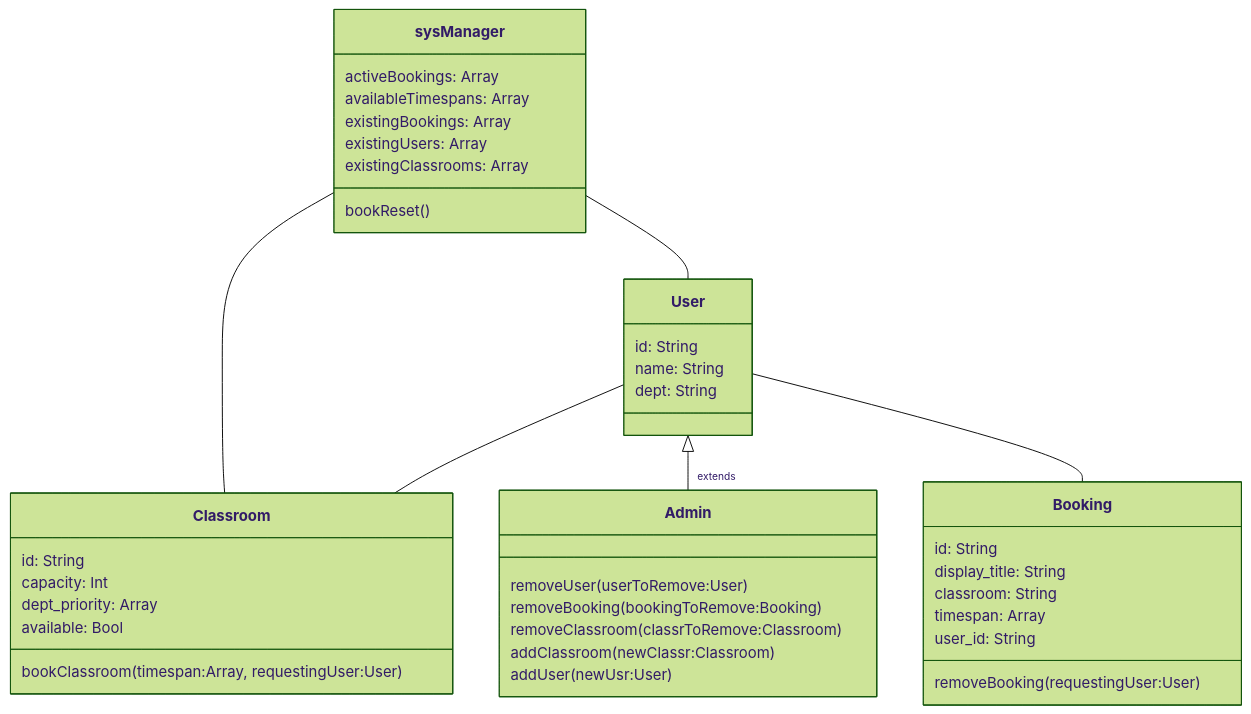
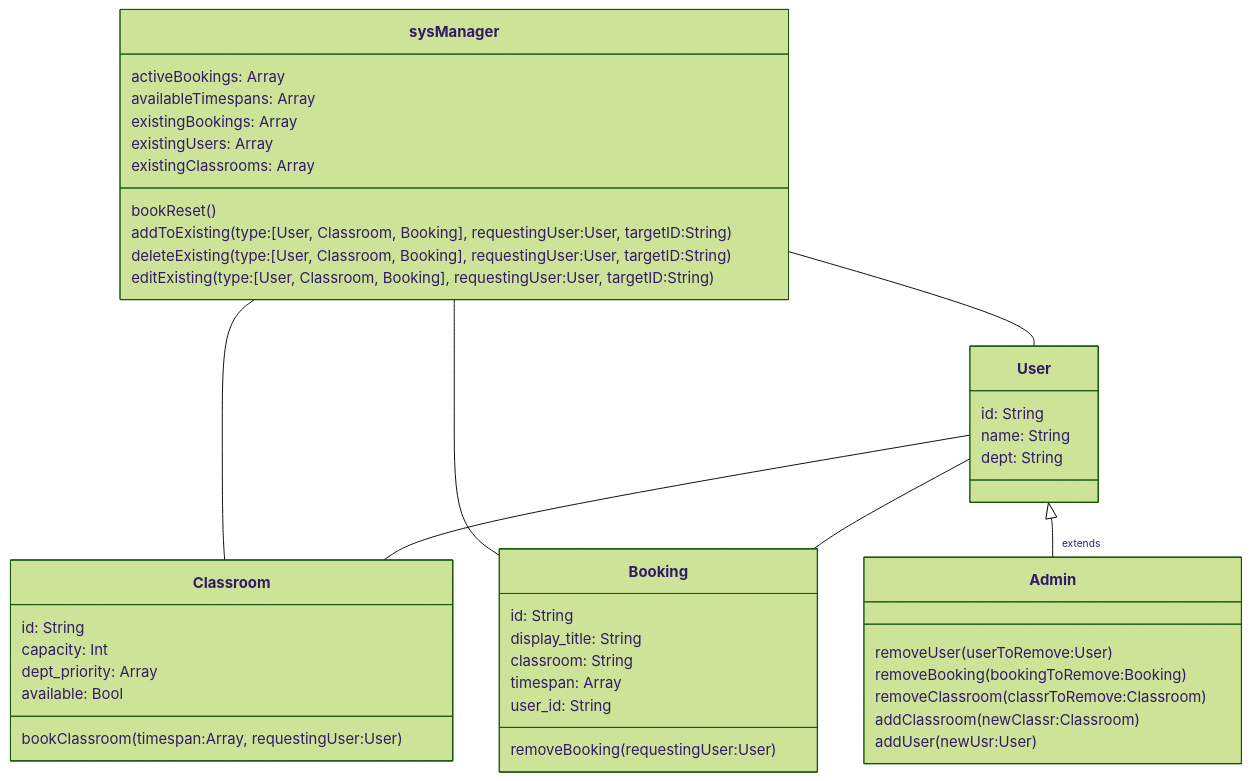
One commit to CTISM-Prof-Henry/trab-final-tarde-legaltime changed the second of 2 diagrams in diagrams.md. Above: the diagram before and after it, drawn with Mermaid (forest theme). The commit also changed other lines of this file, not shown here.

````diff
--- a/diagrams.md
+++ b/diagrams.md
@@ -140,51 +143,54 @@
 ```mermaid
 classDiagram
 
 class Classroom {
     id: String
     capacity: Int
     dept_priority: Array
     available: Bool
     bookClassroom(timespan:Array, requestingUser:User) 
 }
 
 class Admin {
     removeUser(userToRemove:User) 
     removeBooking(bookingToRemove:Booking) 
     removeClassroom(classrToRemove:Classroom) 
     addClassroom(newClassr:Classroom) 
     addUser(newUsr:User)
 }
 
 class User {
     id: String
     name: String
     dept: String
 }
 
 class Booking {
     id: String
     display_title: String
     classroom: String
     timespan: Array
     user_id: String
     removeBooking(requestingUser:User)
 }
 
 class sysManager {
     activeBookings: Array
     availableTimespans: Array
     existingBookings: Array
     existingUsers: Array
     existingClassrooms: Array
     bookReset()
+    addToExisting(type:[User, Classroom, Booking], requestingUser:User, targetID:String)
+    deleteExisting(type:[User, Classroom, Booking], requestingUser:User, targetID:String)
+    editExisting(type:[User, Classroom, Booking], requestingUser:User, targetID:String)
 }
 
 
 sysManager -- Classroom
-
+sysManager -- Booking
 sysManager -- User
 User <|--"extends" Admin
 User -- Classroom
 User -- Booking
 ```
````
